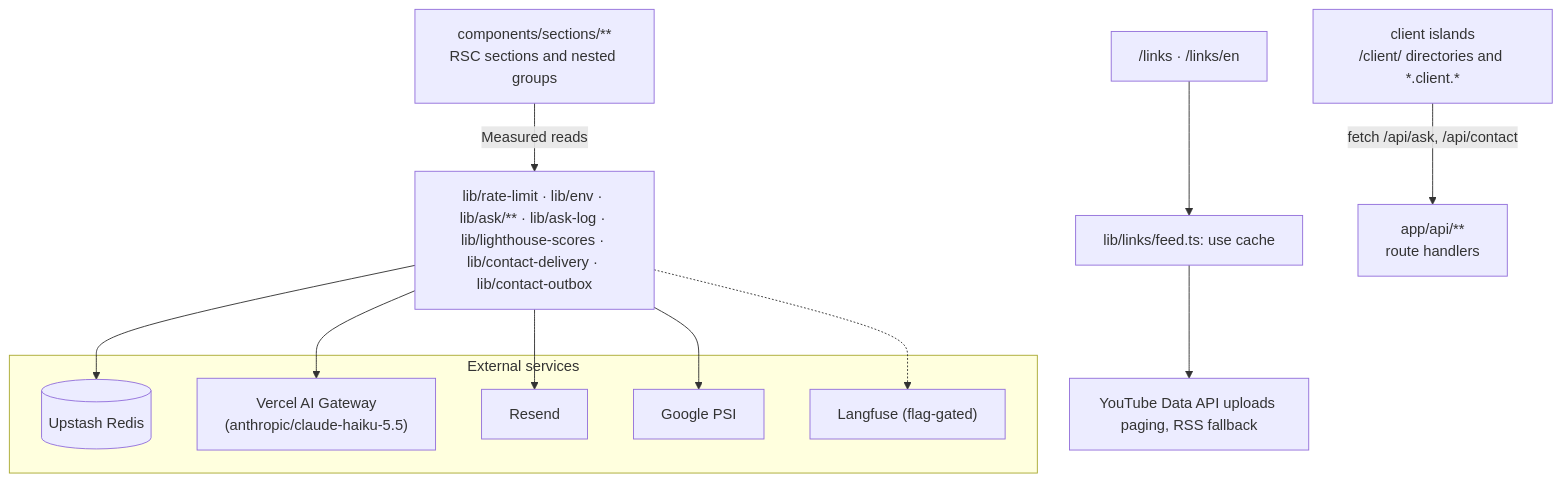
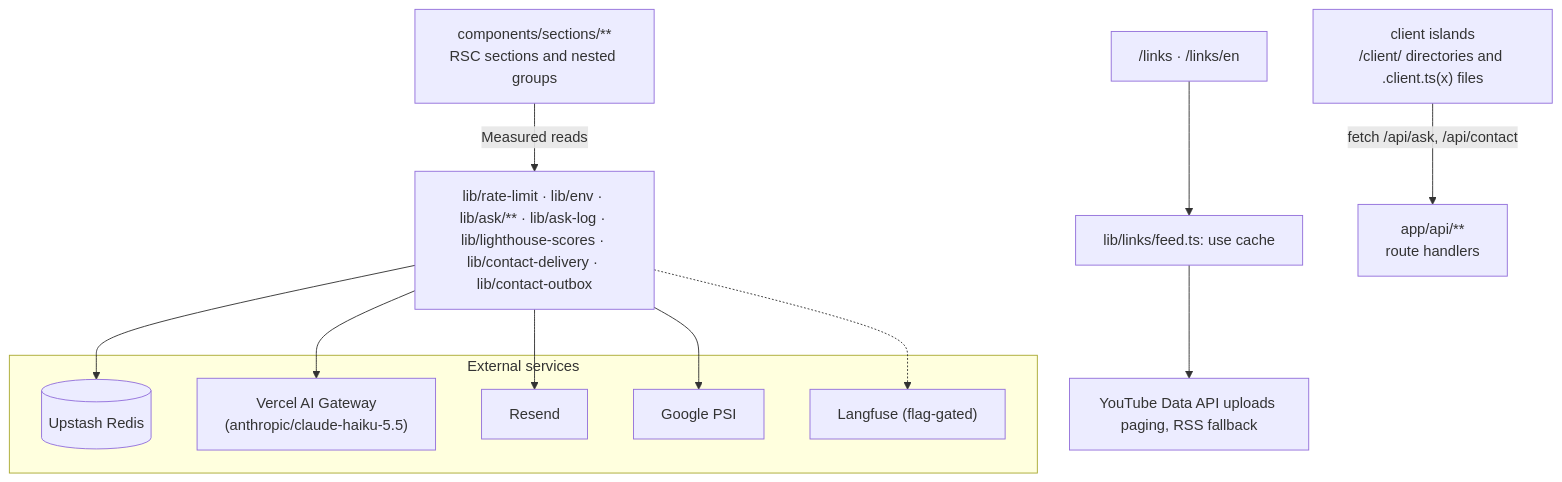
One commit to erikunha/portfolio changed the third of 7 diagrams in docs/01-architecture.md. Above: the diagram before and after it, drawn with Mermaid. The commit also changed other lines of this file and 1 other file, not shown here.

First line of the commit message:
docs(diagrams): keep underscores and asterisks in diagram labels from rendering as emphasis

````diff
--- a/docs/01-architecture.md
+++ b/docs/01-architecture.md
@@ -59,20 +59,20 @@
 ```mermaid
 flowchart TB
     libcore["lib/rate-limit · lib/env · lib/ask/** · lib/ask-log · lib/lighthouse-scores · lib/contact-delivery · lib/contact-outbox"]
     subgraph ext["External services"]
         redis[("Upstash Redis")]
         gw["Vercel AI Gateway<br/>(anthropic/claude-haiku-5.5)"]
         resend["Resend"]
         psi["Google PSI"]
         lf["Langfuse (flag-gated)"]
     end
     links["/links · /links/en"] --> feed["lib/links/feed.ts: use cache"]
     feed --> yt["YouTube Data API uploads paging, RSS fallback"]
     libcore --> redis
     libcore --> gw
     libcore --> resend
     libcore --> psi
     libcore -.-> lf
-    islands["client islands<br/>/client/ directories and *.client.*"] -->|fetch /api/ask, /api/contact| api["app/api/**<br/>route handlers"]
+    islands["client islands<br/>/client/ directories and .client.ts(x) files"] -->|fetch /api/ask, /api/contact| api["app/api/**<br/>route handlers"]
     sections["components/sections/**<br/>RSC sections and nested groups"] -->|Measured reads| libcore
 ```
````
